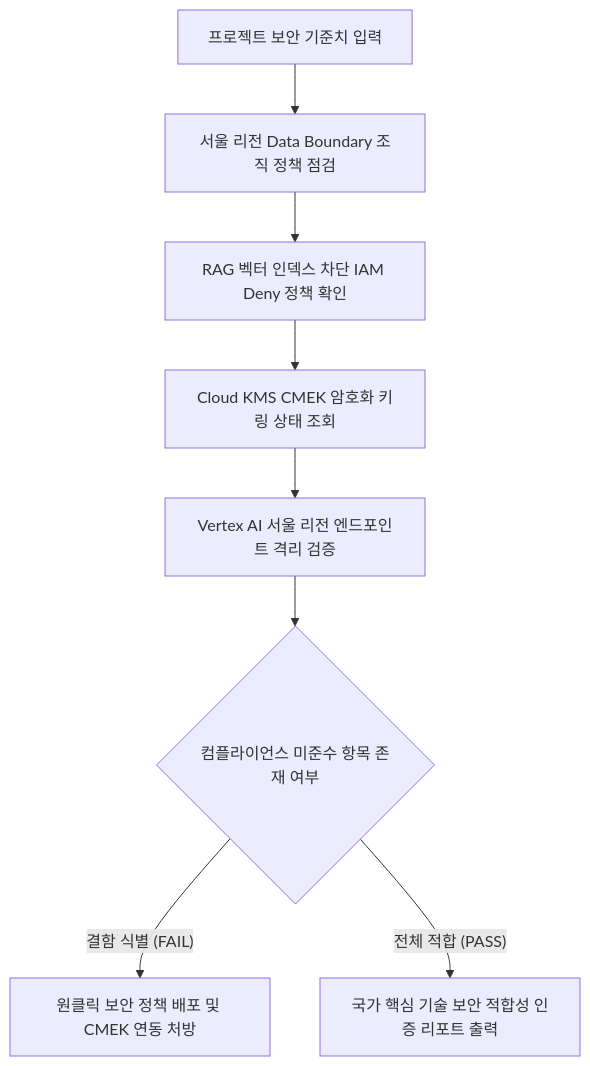
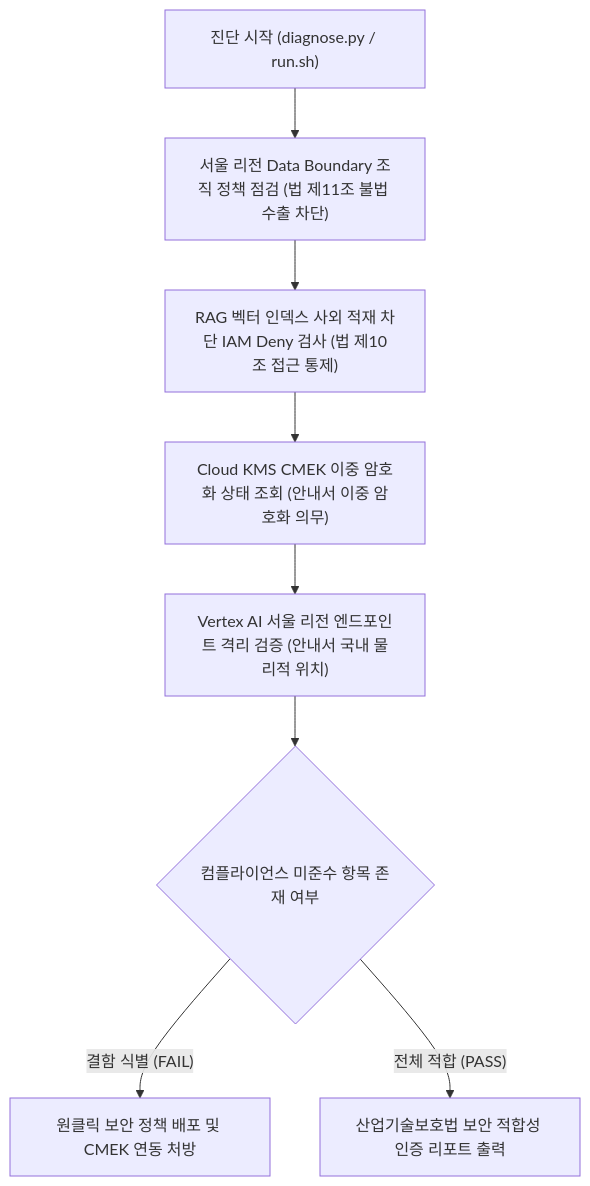
Before and after one commit to jiangjun-forge/google-cloud-0-to-1: the diagram in samples/korea-nct-gen-ai-compliance-checker/README.md, drawn with Mermaid. The commit also changed other lines of this file and 3 other files, not shown here.

````diff
--- a/samples/korea-nct-gen-ai-compliance-checker/README.md
+++ b/samples/korea-nct-gen-ai-compliance-checker/README.md
@@ -38,10 +49,10 @@
 ```mermaid
 graph TD
-    A["프로젝트 보안 기준치 입력"] --> B["서울 리전 Data Boundary 조직 정책 점검"]
-    B --> C["RAG 벡터 인덱스 차단 IAM Deny 정책 확인"]
-    C --> D["Cloud KMS CMEK 암호화 키링 상태 조회"]
-    D --> E["Vertex AI 서울 리전 엔드포인트 격리 검증"]
+    A["진단 시작 (diagnose.py / run.sh)"] --> B["서울 리전 Data Boundary 조직 정책 점검 (법 제11조 불법 수출 차단)"]
+    B --> C["RAG 벡터 인덱스 사외 적재 차단 IAM Deny 검사 (법 제10조 접근 통제)"]
+    C --> D["Cloud KMS CMEK 이중 암호화 상태 조회 (안내서 이중 암호화 의무)"]
+    D --> E["Vertex AI 서울 리전 엔드포인트 격리 검증 (안내서 국내 물리적 위치)"]
     E --> F{"컴플라이언스 미준수 항목 존재 여부"}
     F -- "결함 식별 (FAIL)" --> G["원클릭 보안 정책 배포 및 CMEK 연동 처방"]
-    F -- "전체 적합 (PASS)" --> H["국가 핵심 기술 보안 적합성 인증 리포트 출력"]
+    F -- "전체 적합 (PASS)" --> H["산업기술보호법 보안 적합성 인증 리포트 출력"]
 ```
````
